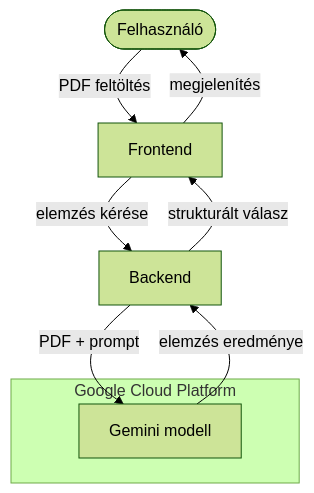
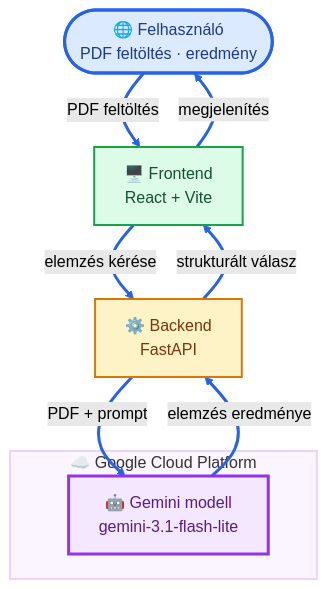
The first of 3 diagrams in README.md (cloudsteak/trn-gcp-ai-contract-analyzer), drawn with Mermaid (forest theme) before and after one commit.

````diff
--- a/README.md
+++ b/README.md
@@ -11,17 +11,31 @@
 ```mermaid
 flowchart TB
-    User(["Felhasználó"])
-    FE["Frontend"]
-    BE["Backend"]
+    User(["🌐 Felhasználó<br/>PDF feltöltés · eredmény"])
+    FE["🖥️ Frontend<br/>React + Vite"]
+    BE["⚙️ Backend<br/>FastAPI"]
 
-    subgraph GCP["Google Cloud Platform"]
-        Gemini["Gemini modell"]
+    subgraph GCP["☁️ Google Cloud Platform"]
+        Gemini["🤖 Gemini modell<br/>gemini-3.1-flash-lite"]
     end
 
-    User -->|"PDF feltöltés"| FE
-    FE -->|"elemzés kérése"| BE
-    BE -->|"PDF + prompt"| Gemini
-    Gemini -->|"elemzés eredménye"| BE
-    BE -->|"strukturált válasz"| FE
-    FE -->|"megjelenítés"| User
+    User ==>|"PDF feltöltés"| FE
+    FE ==>|"elemzés kérése"| BE
+    BE ==>|"PDF + prompt"| Gemini
+    Gemini ==>|"elemzés eredménye"| BE
+    BE ==>|"strukturált válasz"| FE
+    FE ==>|"megjelenítés"| User
+
+    classDef user fill:#DBEAFE,stroke:#2563EB,stroke-width:3px,color:#1E3A8A
+    classDef frontend fill:#DCFCE7,stroke:#16A34A,stroke-width:2px,color:#14532D
+    classDef backend fill:#FEF3C7,stroke:#D97706,stroke-width:2px,color:#78350F
+    classDef ai fill:#F3E8FF,stroke:#9333EA,stroke-width:3px,color:#581C87
+
+    class User user
+    class FE frontend
+    class BE backend
+    class Gemini ai
+
+    linkStyle 0,1,2,3,4,5 stroke:#2563EB,stroke-width:3px
+
+    style GCP fill:#FAF5FF,stroke:#E9D5FF,stroke-width:2px
 ```
````
